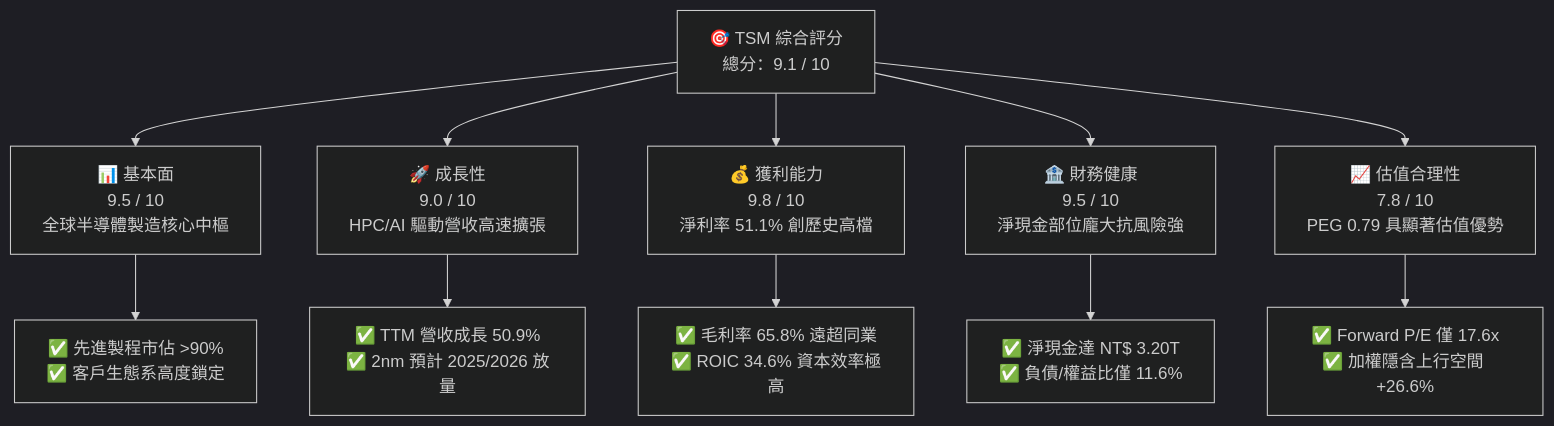
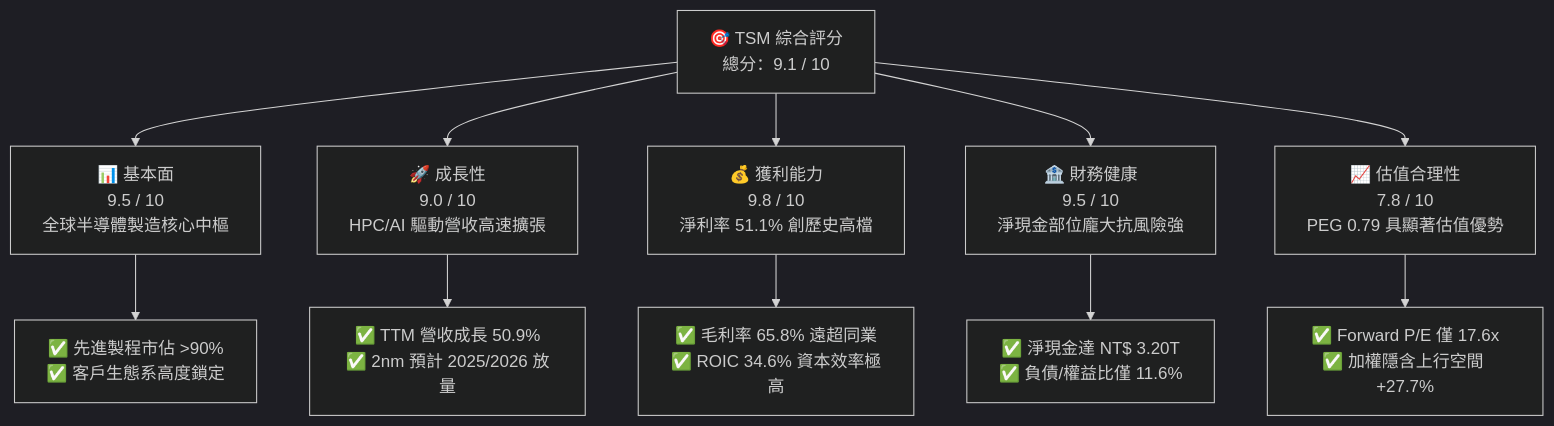
One commit to yennanliu/finance_data changed the first of 15 diagrams in ai_gen_report/fundamental/tsm/fundamental_analysis_2026-10-22_gemini.md. Above: the diagram before and after it, drawn with Mermaid (dark theme). The commit also changed other lines of this file and 339 other files, not shown here.

````diff
--- a/ai_gen_report/fundamental/tsm/fundamental_analysis_2026-10-22_gemini.md
+++ b/ai_gen_report/fundamental/tsm/fundamental_analysis_2026-10-22_gemini.md
@@ -66,22 +73,22 @@
 ```mermaid
 graph TD
     TSM["🎯 TSM 綜合評分<br/>總分：9.1 / 10"]
 
     F["📊 基本面<br/>9.5 / 10<br/>全球半導體製造核心中樞"]
     G["🚀 成長性<br/>9.0 / 10<br/>HPC/AI 驅動營收高速擴張"]
     P["💰 獲利能力<br/>9.8 / 10<br/>淨利率 51.1% 創歷史高檔"]
     B["🏦 財務健康<br/>9.5 / 10<br/>淨現金部位龐大抗風險強"]
     V["📈 估值合理性<br/>7.8 / 10<br/>PEG 0.79 具顯著估值優勢"]
 
     TSM --> F
     TSM --> G
     TSM --> P
     TSM --> B
     TSM --> V
 
     F --> F1["✅ 先進製程市佔 >90%<br/>✅ 客戶生態系高度鎖定"]
     G --> G1["✅ TTM 營收成長 50.9%<br/>✅ 2nm 預計 2025/2026 放量"]
     P --> P1["✅ 毛利率 65.8% 遠超同業<br/>✅ ROIC 34.6% 資本效率極高"]
     B --> B1["✅ 淨現金達 NT$ 3.20T<br/>✅ 負債/權益比僅 11.6%"]
-    V --> V1["✅ Forward P/E 僅 17.6x<br/>✅ 加權隱含上行空間 +26.6%"]
+    V --> V1["✅ Forward P/E 僅 17.6x<br/>✅ 加權隱含上行空間 +27.7%"]
 ```
````
